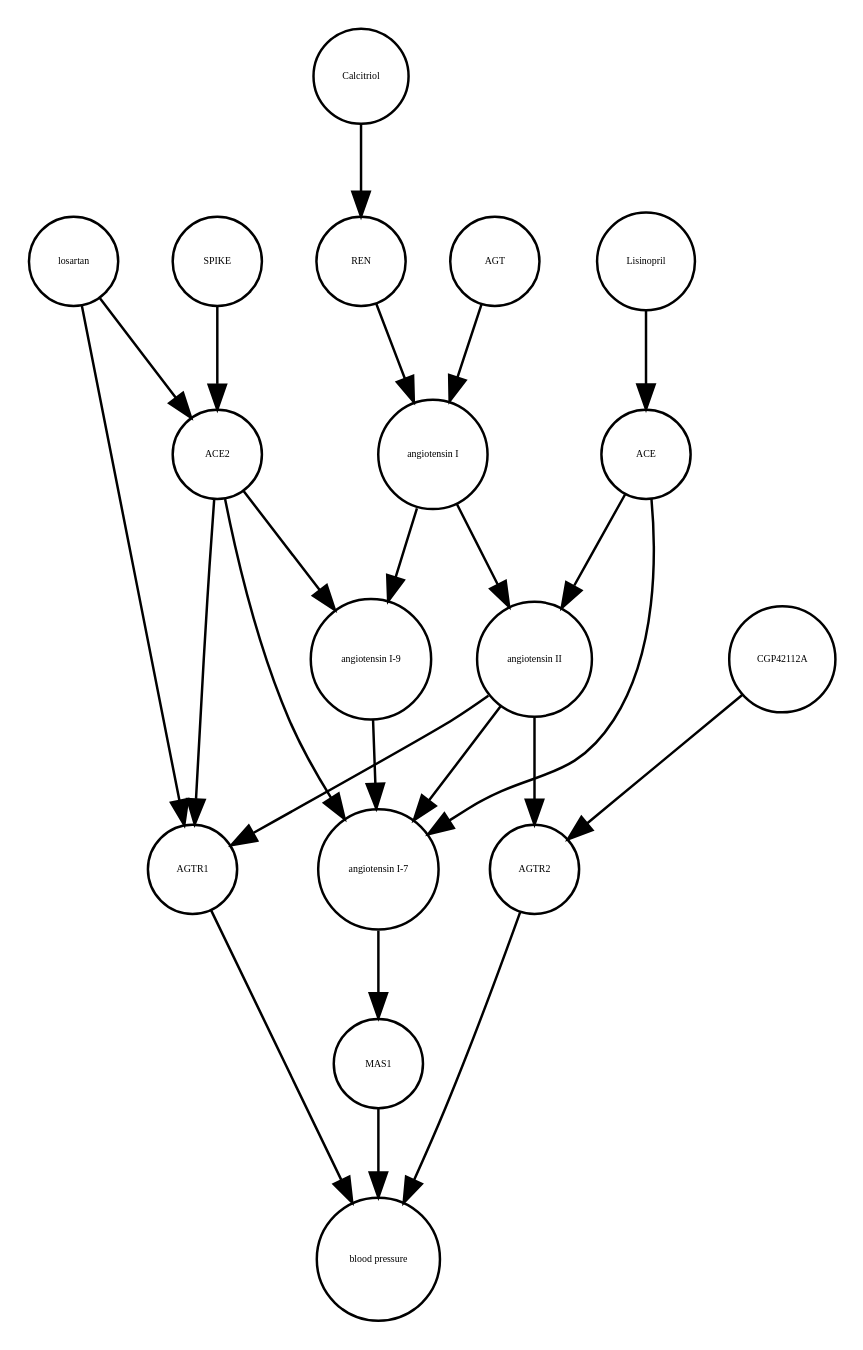
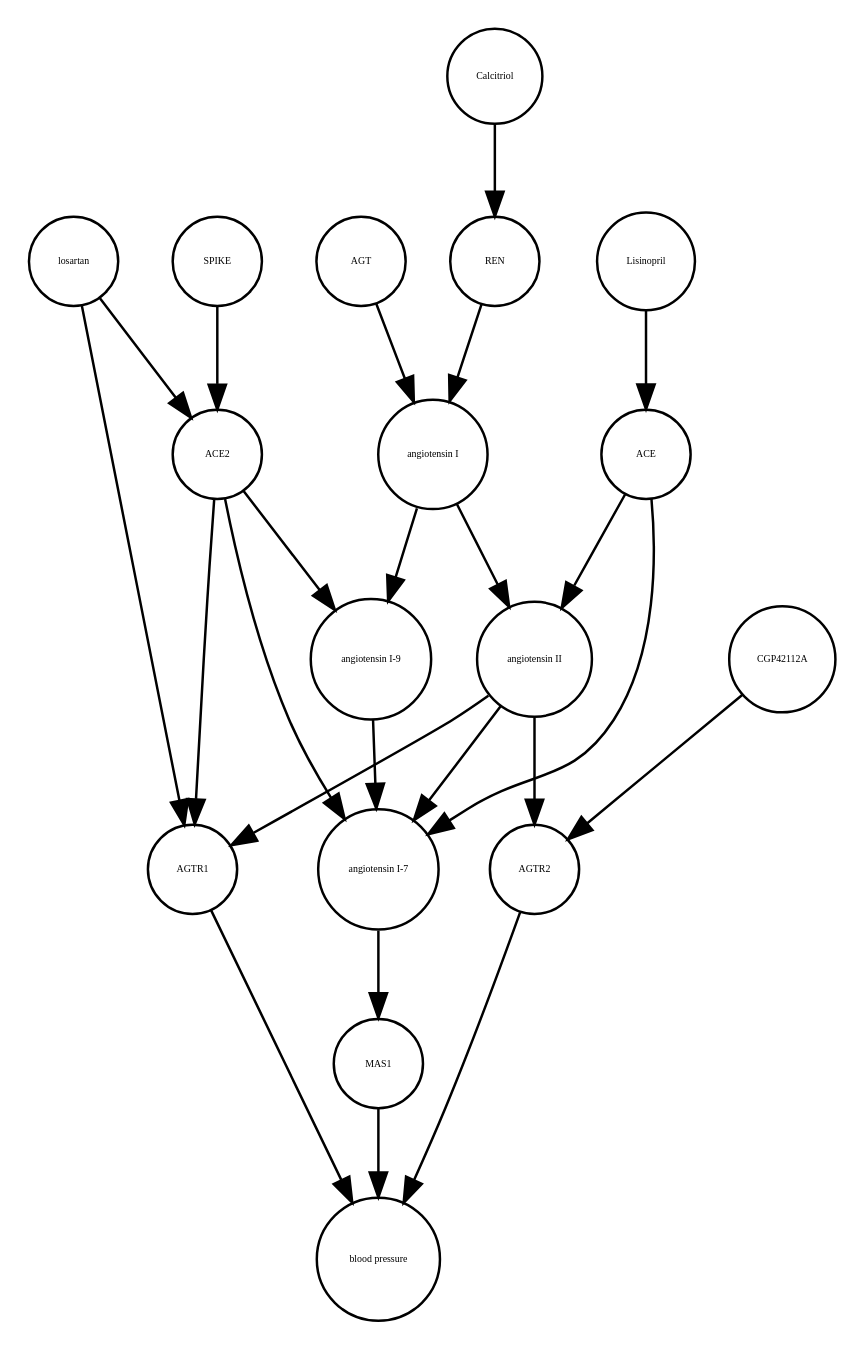
The diagram in Role_of_spike_ACE2_interaction_in_pulmonary_blood_pressure_regulation_v3.xml_projected.dot (cannin/covid19-sbgn), drawn with Graphviz before and after one commit. The commit also changed 637 other files, not shown here.

```diff
--- a/Role_of_spike_ACE2_interaction_in_pulmonary_blood_pressure_regulation_v3.xml_projected.dot
+++ b/Role_of_spike_ACE2_interaction_in_pulmonary_blood_pressure_regulation_v3.xml_projected.dot
@@ -1,42 +1,42 @@
 strict digraph  {
 MAS1 [annotation="", bipartite=0, cls=macromolecule, fontsize=4, label=MAS1, shape=circle];
 "blood pressure" [annotation="", bipartite=0, cls=phenotype, fontsize=4, label="blood pressure", shape=circle];
 AGTR2 [annotation="", bipartite=0, cls=macromolecule, fontsize=4, label=AGTR2, shape=circle];
 AGTR1 [annotation="", bipartite=0, cls=macromolecule, fontsize=4, label=AGTR1, shape=circle];
+losartan [annotation="", bipartite=0, cls="simple chemical", fontsize=4, label=losartan, shape=circle];
+"angiotensin I" [annotation="", bipartite=0, cls="simple chemical", fontsize=4, label="angiotensin I", shape=circle];
+"angiotensin I-9" [annotation="", bipartite=0, cls="simple chemical", fontsize=4, label="angiotensin I-9", shape=circle];
+"angiotensin II" [annotation="", bipartite=0, cls="simple chemical", fontsize=4, label="angiotensin II", shape=circle];
 Calcitriol [annotation="", bipartite=0, cls="simple chemical", fontsize=4, label=Calcitriol, shape=circle];
-"angiotensin I" [annotation="", bipartite=0, cls="simple chemical", fontsize=4, label="angiotensin I", shape=circle];
-losartan [annotation="", bipartite=0, cls="simple chemical", fontsize=4, label=losartan, shape=circle];
+SPIKE [annotation="", bipartite=0, cls=macromolecule, fontsize=4, label=SPIKE, shape=circle];
+Lisinopril [annotation="", bipartite=0, cls="simple chemical", fontsize=4, label=Lisinopril, shape=circle];
+ACE2 [annotation="", bipartite=0, cls=macromolecule, fontsize=4, label=ACE2, shape=circle];
+ACE [annotation="", bipartite=0, cls=macromolecule, fontsize=4, label=ACE, shape=circle];
+REN [annotation="", bipartite=0, cls=macromolecule, fontsize=4, label=REN, shape=circle];
 "angiotensin I-7" [annotation="", bipartite=0, cls="simple chemical", fontsize=4, label="angiotensin I-7", shape=circle];
-"angiotensin II" [annotation="", bipartite=0, cls="simple chemical", fontsize=4, label="angiotensin II", shape=circle];
-Lisinopril [annotation="", bipartite=0, cls="simple chemical", fontsize=4, label=Lisinopril, shape=circle];
-"angiotensin I-9" [annotation="", bipartite=0, cls="simple chemical", fontsize=4, label="angiotensin I-9", shape=circle];
+AGT [annotation="", bipartite=0, cls=macromolecule, fontsize=4, label=AGT, shape=circle];
 CGP42112A [annotation="", bipartite=0, cls="simple chemical", fontsize=4, label=CGP42112A, shape=circle];
-AGT [annotation="", bipartite=0, cls=macromolecule, fontsize=4, label=AGT, shape=circle];
-ACE2 [annotation="", bipartite=0, cls=macromolecule, fontsize=4, label=ACE2, shape=circle];
-SPIKE [annotation="", bipartite=0, cls=macromolecule, fontsize=4, label=SPIKE, shape=circle];
-REN [annotation="", bipartite=0, cls=macromolecule, fontsize=4, label=REN, shape=circle];
-ACE [annotation="", bipartite=0, cls=macromolecule, fontsize=4, label=ACE, shape=circle];
 MAS1 -> "blood pressure"  [annotation="", interaction_type=inhibition];
 AGTR2 -> "blood pressure"  [annotation="", interaction_type=inhibition];
 AGTR1 -> "blood pressure"  [annotation="", interaction_type=stimulation];
+losartan -> ACE2  [annotation="", interaction_type=production];
+losartan -> AGTR1  [annotation="", interaction_type=production];
+"angiotensin I" -> "angiotensin I-9"  [annotation="", interaction_type=production];
+"angiotensin I" -> "angiotensin II"  [annotation="", interaction_type=production];
+"angiotensin I-9" -> "angiotensin I-7"  [annotation="", interaction_type=production];
+"angiotensin II" -> "angiotensin I-7"  [annotation="", interaction_type=production];
+"angiotensin II" -> AGTR1  [annotation="", interaction_type=production];
+"angiotensin II" -> AGTR2  [annotation="", interaction_type=production];
 Calcitriol -> REN  [annotation="", interaction_type=inhibition];
-"angiotensin I" -> "angiotensin II"  [annotation="", interaction_type=production];
-"angiotensin I" -> "angiotensin I-9"  [annotation="", interaction_type=production];
-losartan -> AGTR1  [annotation="", interaction_type=production];
-losartan -> ACE2  [annotation="", interaction_type=production];
-"angiotensin I-7" -> MAS1  [annotation="", interaction_type=production];
-"angiotensin II" -> "angiotensin I-7"  [annotation="", interaction_type=production];
-"angiotensin II" -> AGTR2  [annotation="", interaction_type=production];
-"angiotensin II" -> AGTR1  [annotation="", interaction_type=modulation];
+SPIKE -> ACE2  [annotation="", interaction_type=production];
 Lisinopril -> ACE  [annotation="", interaction_type=production];
-"angiotensin I-9" -> "angiotensin I-7"  [annotation="", interaction_type=production];
-CGP42112A -> AGTR2  [annotation="", interaction_type=production];
-AGT -> "angiotensin I"  [annotation="", interaction_type=production];
 ACE2 -> "angiotensin I-7"  [annotation="", interaction_type=catalysis];
 ACE2 -> "angiotensin I-9"  [annotation="", interaction_type=catalysis];
 ACE2 -> AGTR1  [annotation="", interaction_type=production];
-SPIKE -> ACE2  [annotation="", interaction_type=production];
+ACE -> "angiotensin I-7"  [annotation="", interaction_type=catalysis];
+ACE -> "angiotensin II"  [annotation="", interaction_type=catalysis];
 REN -> "angiotensin I"  [annotation="", interaction_type=catalysis];
-ACE -> "angiotensin II"  [annotation="", interaction_type=catalysis];
-ACE -> "angiotensin I-7"  [annotation="", interaction_type=catalysis];
+"angiotensin I-7" -> MAS1  [annotation="", interaction_type=production];
+AGT -> "angiotensin I"  [annotation="", interaction_type=production];
+CGP42112A -> AGTR2  [annotation="", interaction_type=production];
 }
```
